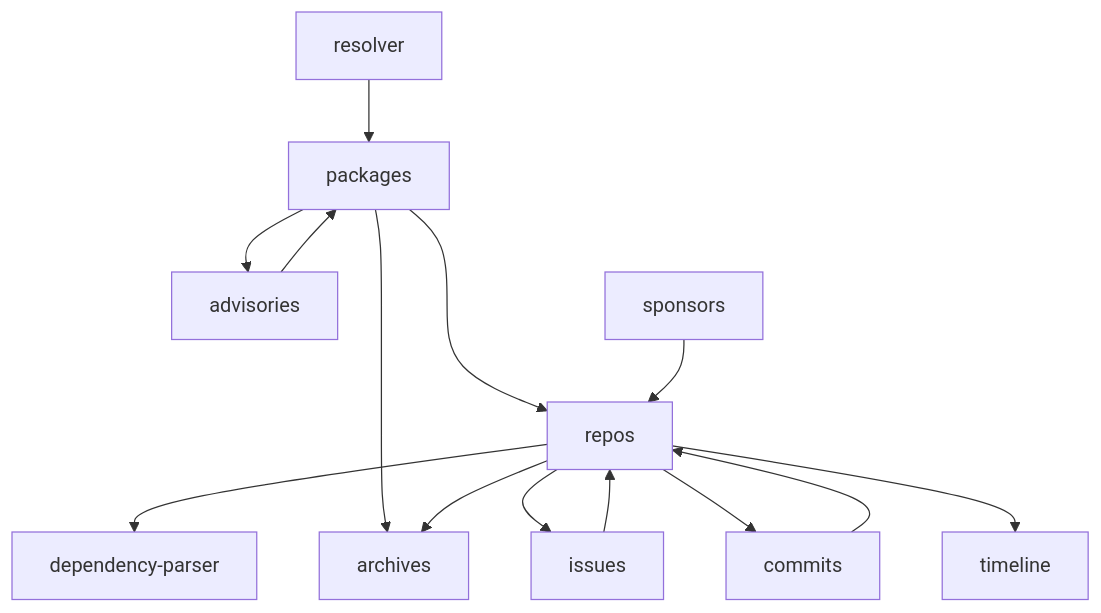
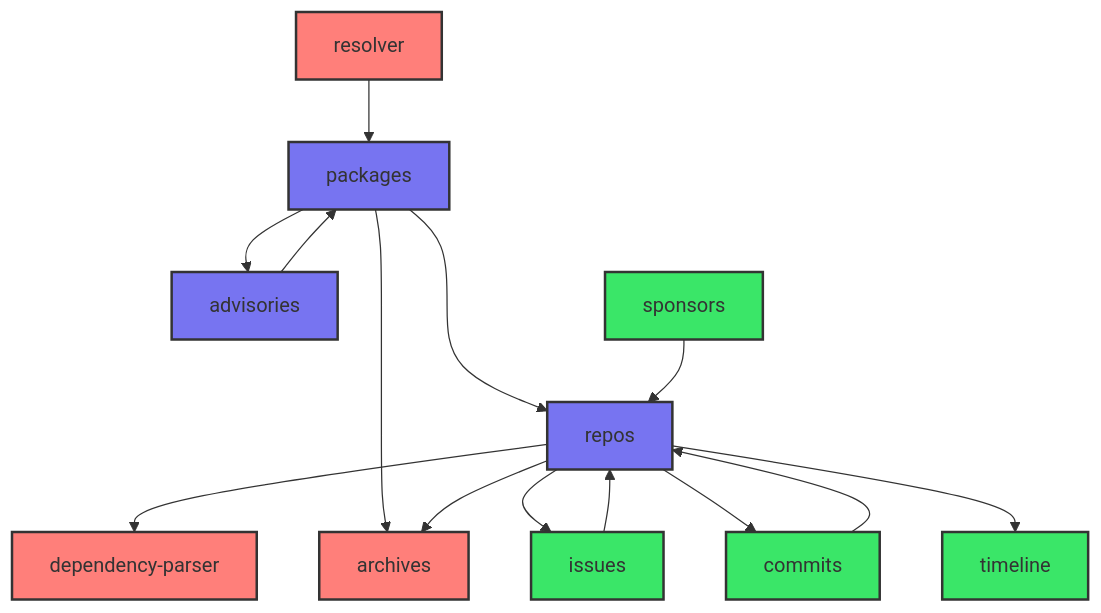
One commit to ecosyste-ms/docs changed the diagram in docs/guides/architecture.md. Above: the diagram before and after it, drawn with Mermaid.

Commit message:
add brand colouration to boxes

````diff
--- a/docs/guides/architecture.md
+++ b/docs/guides/architecture.md
@@ -6,44 +6,70 @@
 ```mermaid
 graph TD;
 
 		packages
 		advisories
 		repos
 
 		commits
 		issues
 		sponsors
 		timeline
 
     advisories-->packages;
 
     packages-->advisories;
     packages--->repos;
     packages--->archives;
 
 		repos-->dependency-parser;
 		repos-->archives;
 		repos-->issues;
 		issues-->repos;
 		repos-->commits;
 		commits-->repos;
 
 		repos-->timeline;
 
 		sponsors-->repos;
 
 		resolver-->packages;
 
 		click packages "/docs/services/data-services/packages"
 		click advisories "/docs/services/data-services/advisories"
 		click repos "/docs/services/data-services/repositories"
 
 		click commits "/docs/services/indexes/commits"
 		click issues "/docs/services/indexes/issues"
 		click sponsors "/docs/services/indexes/sponsors"
 		click timeline "/docs/services/indexes/timeline"
 
 		click archives "/docs/services/tools/archives"
 		click dependency-parser "/docs/services/tools/dependency-parser"
 		click resolver "/docs/services/tools/resolver"
+
+		classDef indexes fill:#3AE668,stroke:#333,stroke-width:2px;
+		classDef data-services fill:#7774F1,stroke:#333,stroke-width:2px;
+		classDef tools fill:#FF7F7A,stroke:#333,stroke-width:2px;
+
+		class packages,advisories,repos data-services
+		class commits,issues,sponsors,timeline indexes
+		class archives,dependency-parser,resolver tools
+
+		%%science
+		%%summary-->packages;
+		%%summary-->repos;
+		%%summary-->timeline;
+		%%funds-->opencollective;
+		%%funds-->sponsors;
+		%%dashboards-->packages;
+		%%dashboards-->repos;
+		%%dashboards-->dependabot;
+		%%dependabot-->repos;
+		%%dependabot-->issues;
+		%%dependabot-->advisories;
+		%%dependabot-->packages;
+    %%docker-->packages;
+    %%packages------->npm;
+    %%packages------->conda;
+
 ```
````
